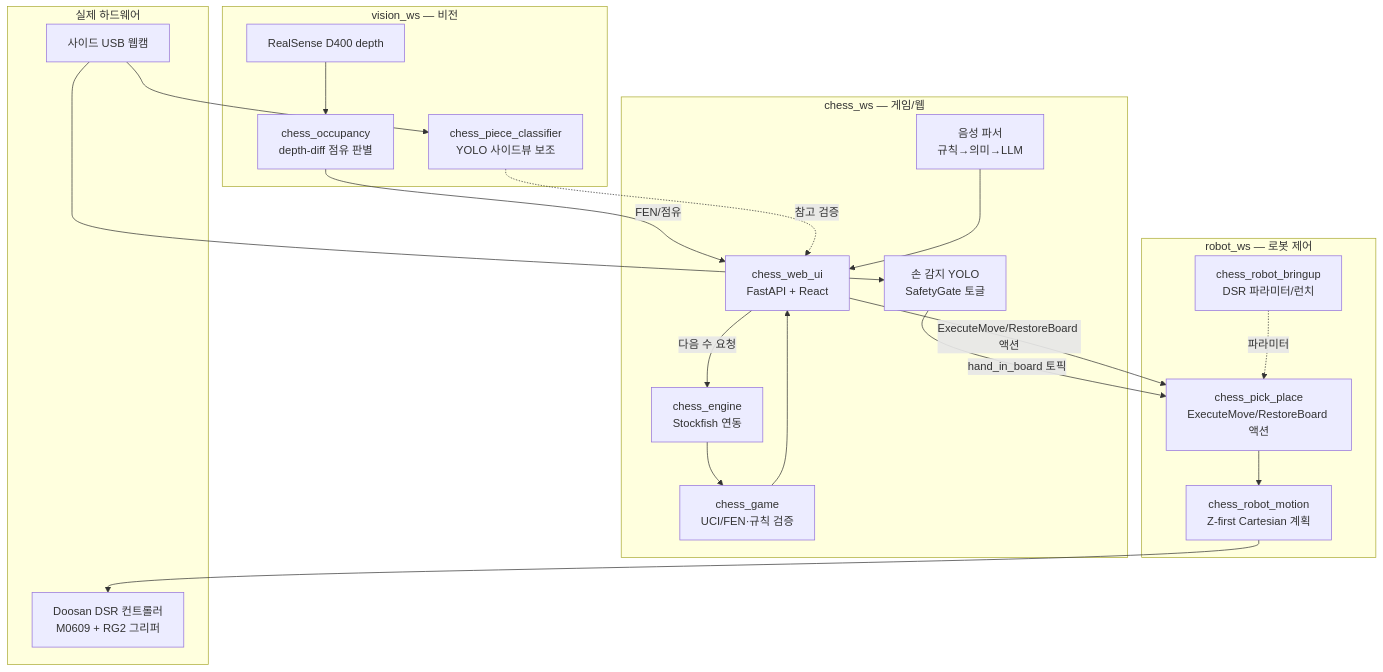
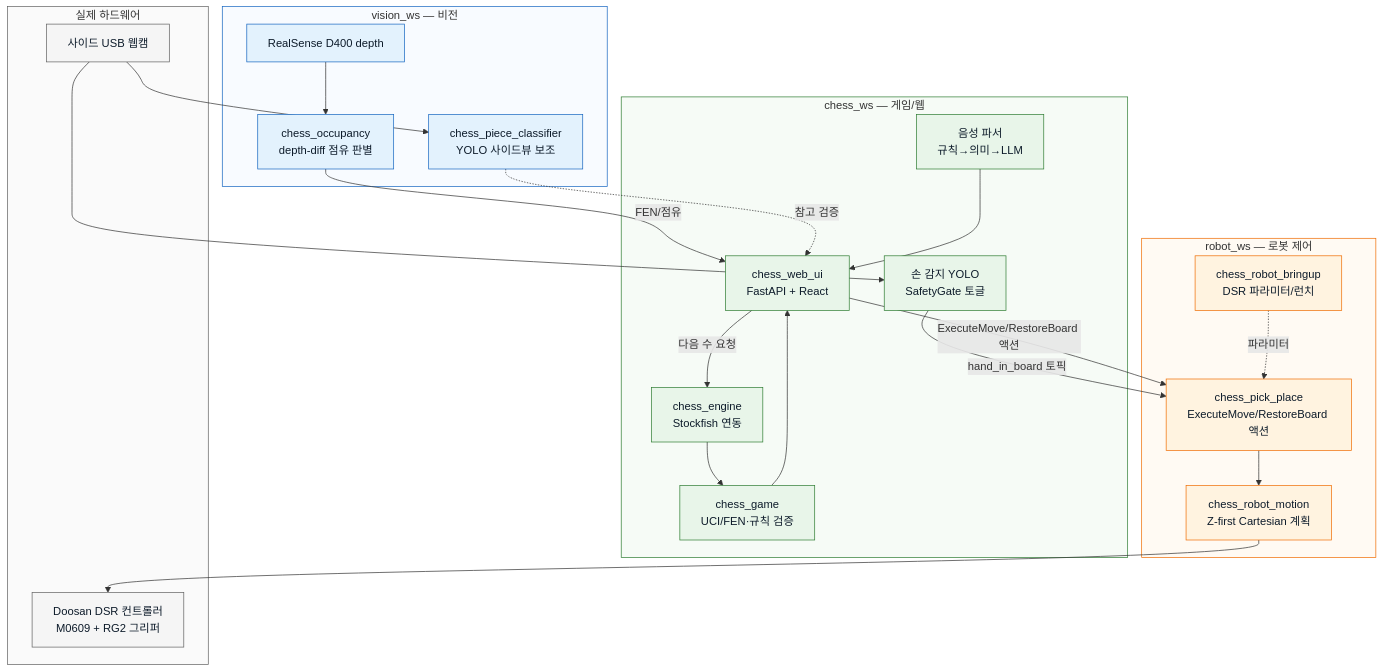
The first of 3 diagrams in README.md (yngkim/Rokey-A-1-cobot2), drawn with Mermaid before and after one commit. The commit also changed other lines of this file and 5 other files, not shown here.

````diff
--- a/README.md
+++ b/README.md
@@ -26,40 +26,55 @@
 ```mermaid
 graph TB
     subgraph vision_ws["vision_ws — 비전"]
         RS[RealSense D400 depth]
         OCC[chess_occupancy<br/>depth-diff 점유 판별]
         PC[chess_piece_classifier<br/>YOLO 사이드뷰 보조]
         RS --> OCC
     end
 
     subgraph chess_ws["chess_ws — 게임/웹"]
         ENGINE[chess_engine<br/>Stockfish 연동]
         GAME[chess_game<br/>UCI/FEN·규칙 검증]
         WEBUI[chess_web_ui<br/>FastAPI + React]
         VOICE[음성 파서<br/>규칙→의미→LLM]
         HAND[손 감지 YOLO<br/>SafetyGate 토글]
     end
 
     subgraph robot_ws["robot_ws — 로봇 제어"]
         MOTION[chess_robot_motion<br/>Z-first Cartesian 계획]
         PICK[chess_pick_place<br/>ExecuteMove/RestoreBoard 액션]
         BRING[chess_robot_bringup<br/>DSR 파라미터/런치]
     end
 
     subgraph hw["실제 하드웨어"]
         DSR[Doosan DSR 컨트롤러<br/>M0609 + RG2 그리퍼]
         WEBCAM[사이드 USB 웹캠]
     end
 
     OCC -- "FEN/점유" --> WEBUI
     WEBCAM --> PC
     WEBCAM --> HAND
     PC -. "참고 검증" .-> WEBUI
     HAND -- "hand_in_board 토픽" --> PICK
     WEBUI -- "다음 수 요청" --> ENGINE
     ENGINE --> GAME --> WEBUI
     VOICE --> WEBUI
     WEBUI -- "ExecuteMove/RestoreBoard 액션" --> PICK
     PICK --> MOTION --> DSR
     BRING -. 파라미터 .-> PICK
+
+    classDef vision fill:#e3f2fd,stroke:#1565c0,color:#0d1b2a;
+    classDef game fill:#e8f5e9,stroke:#2e7d32,color:#0d1b2a;
+    classDef robot fill:#fff3e0,stroke:#ef6c00,color:#0d1b2a;
+    classDef hw fill:#f5f5f5,stroke:#616161,color:#0d1b2a;
+
+    class RS,OCC,PC vision
+    class ENGINE,GAME,WEBUI,VOICE,HAND game
+    class MOTION,PICK,BRING robot
+    class DSR,WEBCAM hw
+
+    style vision_ws fill:#f8fbff,stroke:#1565c0
+    style chess_ws fill:#f6fbf6,stroke:#2e7d32
+    style robot_ws fill:#fffaf3,stroke:#ef6c00
+    style hw fill:#fafafa,stroke:#616161
 ```
````
